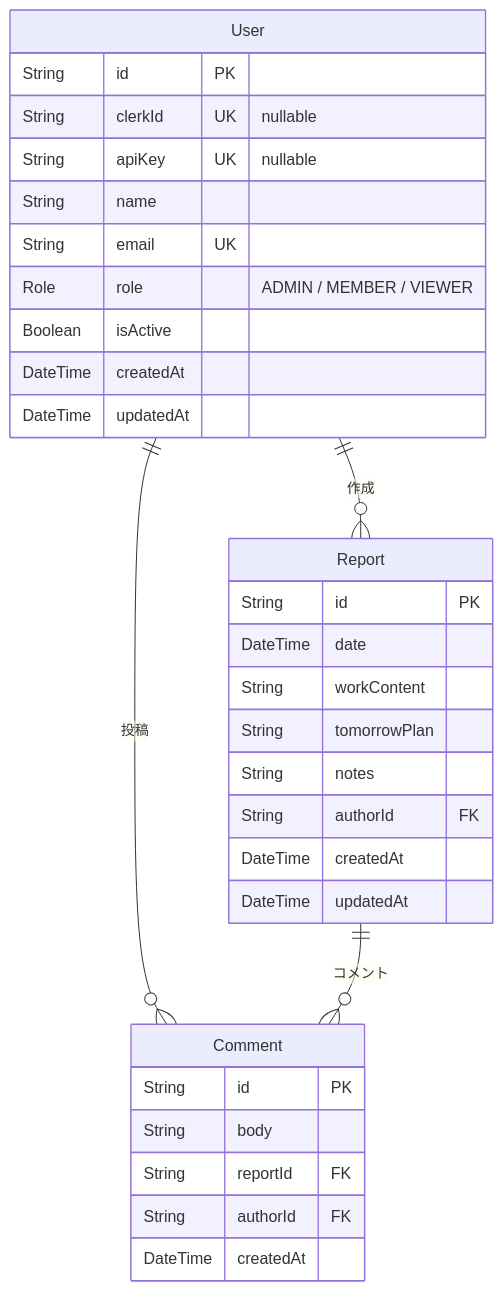
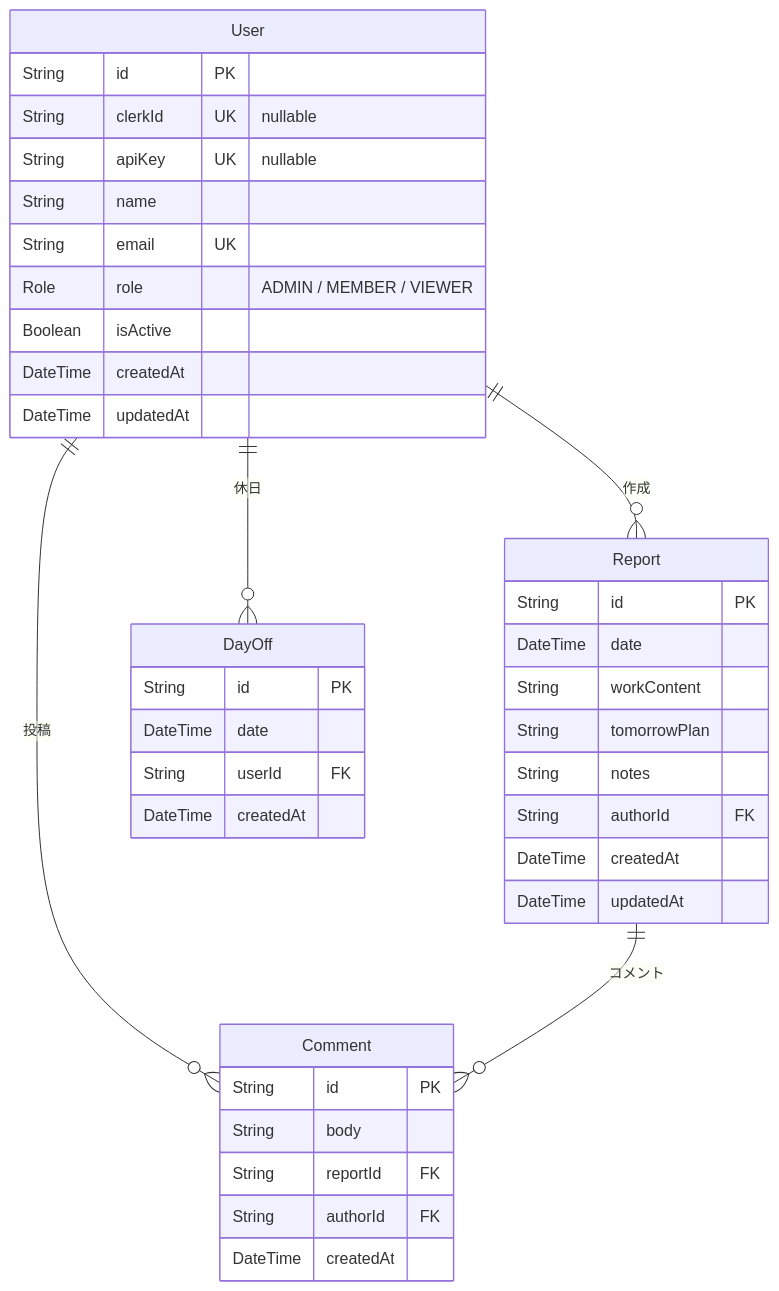
The diagram in docs/schema.md (ot-nemoto/daily-hub), drawn with Mermaid before and after one commit. The commit also changed other lines of this file and 29 other files, not shown here.

````diff
--- a/docs/schema.md
+++ b/docs/schema.md
@@ -73,34 +86,41 @@
 ```mermaid
 erDiagram
     User {
         String id PK
         String clerkId UK "nullable"
         String apiKey UK "nullable"
         String name
         String email UK
         Role role "ADMIN / MEMBER / VIEWER"
         Boolean isActive
         DateTime createdAt
         DateTime updatedAt
     }
     Report {
         String id PK
         DateTime date
         String workContent
         String tomorrowPlan
         String notes
         String authorId FK
         DateTime createdAt
         DateTime updatedAt
     }
     Comment {
         String id PK
         String body
         String reportId FK
         String authorId FK
         DateTime createdAt
     }
+    DayOff {
+        String id PK
+        DateTime date
+        String userId FK
+        DateTime createdAt
+    }
     User ||--o{ Report : "作成"
     User ||--o{ Comment : "投稿"
     Report ||--o{ Comment : "コメント"
+    User ||--o{ DayOff : "休日"
 ```
````
